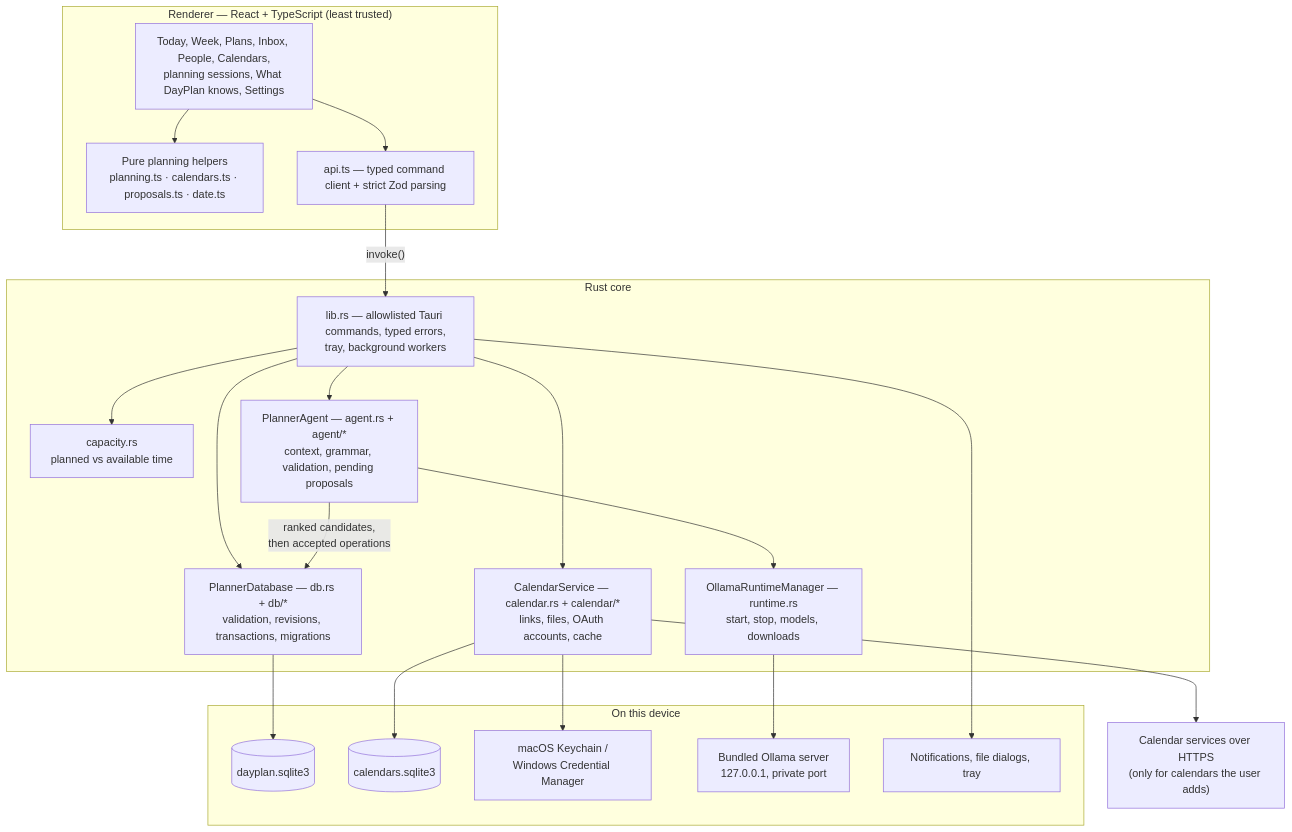
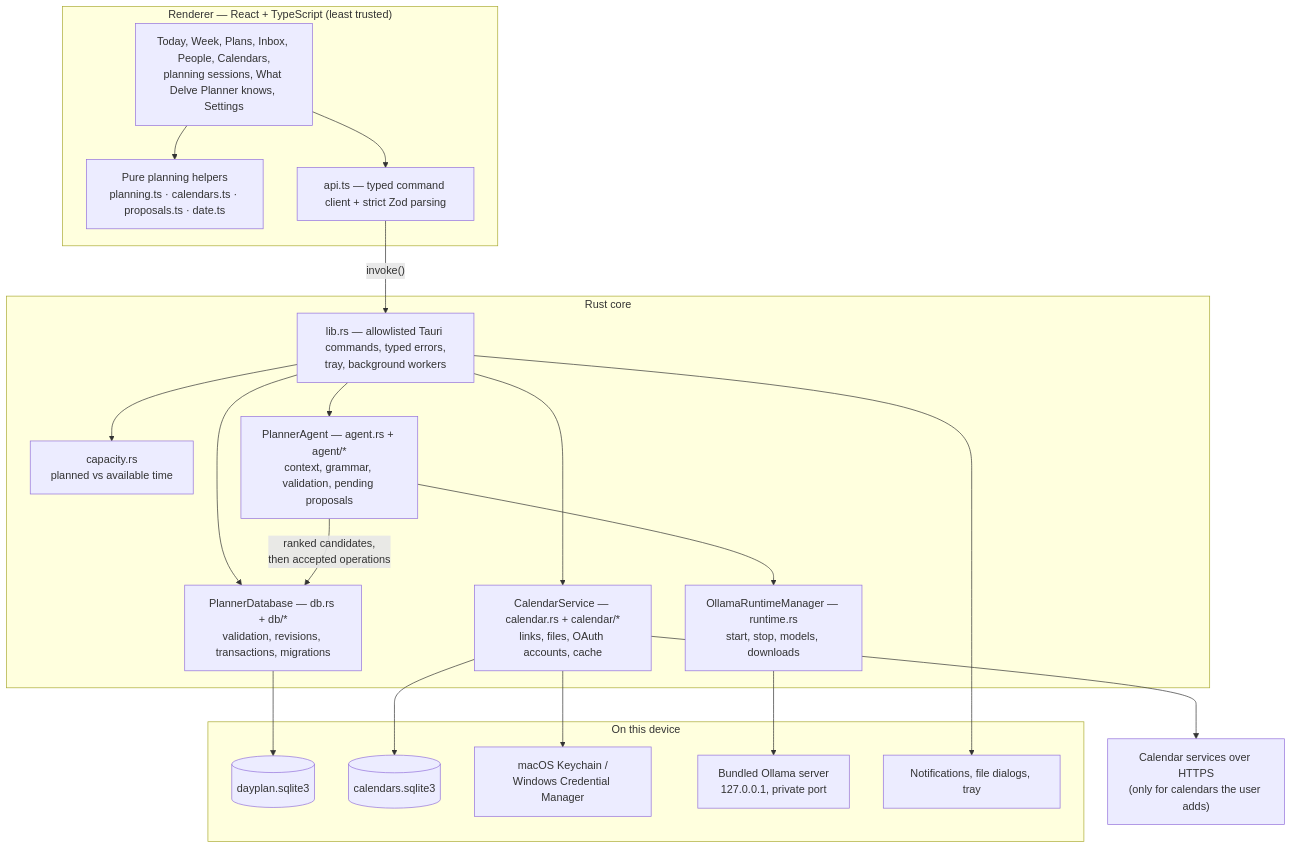
The diagram in docs/architecture.md (Von-Van/DelvePlanner), drawn with Mermaid before and after one commit. The commit also changed other lines of this file and 91 other files, not shown here.

````diff
--- a/docs/architecture.md
+++ b/docs/architecture.md
@@ -7,41 +7,41 @@
 ```mermaid
 flowchart TB
   subgraph renderer["Renderer — React + TypeScript (least trusted)"]
-    Views["Today, Week, Plans, Inbox, People, Calendars,<br/>planning sessions, What DayPlan knows, Settings"]
+    Views["Today, Week, Plans, Inbox, People, Calendars,<br/>planning sessions, What Delve Planner knows, Settings"]
     Pure["Pure planning helpers<br/>planning.ts · calendars.ts · proposals.ts · date.ts"]
     Client["api.ts — typed command client + strict Zod parsing"]
   end
 
   subgraph core["Rust core"]
     Commands["lib.rs — allowlisted Tauri commands, typed errors,<br/>tray, background workers"]
     Repo["PlannerDatabase — db.rs + db/*<br/>validation, revisions, transactions, migrations"]
     Capacity["capacity.rs<br/>planned vs available time"]
     Calendars["CalendarService — calendar.rs + calendar/*<br/>links, files, OAuth accounts, cache"]
     Agent["PlannerAgent — agent.rs + agent/*<br/>context, grammar, validation, pending proposals"]
     Runtime["OllamaRuntimeManager — runtime.rs<br/>start, stop, models, downloads"]
   end
 
   subgraph local["On this device"]
     PlannerDB[("dayplan.sqlite3")]
     CalendarDB[("calendars.sqlite3")]
     Keychain["macOS Keychain /<br/>Windows Credential Manager"]
     Ollama["Bundled Ollama server<br/>127.0.0.1, private port"]
     OS["Notifications, file dialogs, tray"]
   end
 
   Remote["Calendar services over HTTPS<br/>(only for calendars the user adds)"]
 
   Views --> Pure
   Views --> Client
   Client -- "invoke()" --> Commands
   Commands --> Repo --> PlannerDB
   Commands --> Capacity
   Commands --> Calendars
   Calendars --> CalendarDB
   Calendars --> Keychain
   Calendars --> Remote
   Commands --> Agent
   Agent -- "ranked candidates,<br/>then accepted operations" --> Repo
   Agent --> Runtime --> Ollama
   Commands --> OS
 ```
````
